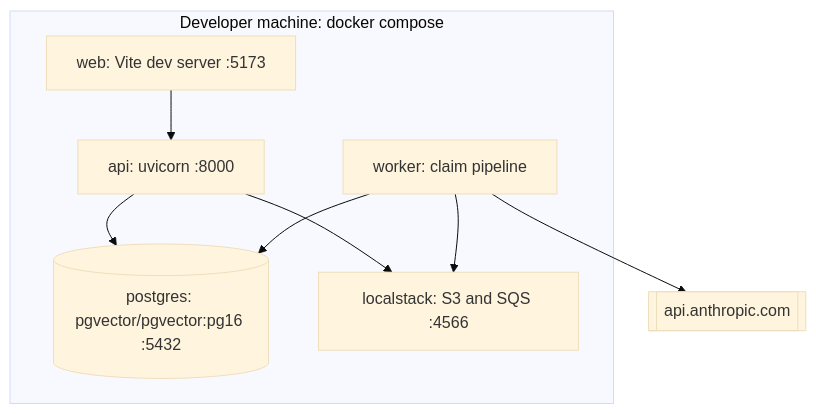
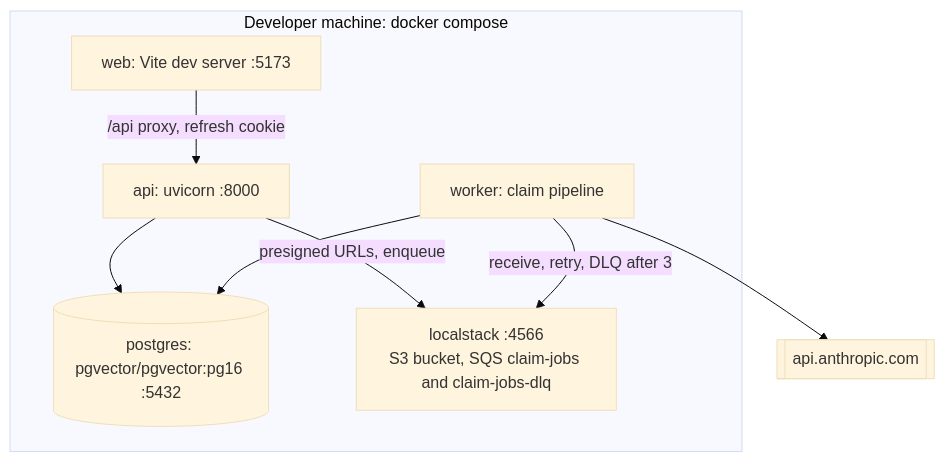
Before and after one commit to ABHI-742/claimlens: the first of 2 diagrams in docs/diagrams/deployment.md, drawn with Mermaid (base theme). The commit also changed 5 other files, not shown here.

First line of the commit message:
Bring architecture docs up to date with the code

````diff
--- a/docs/diagrams/deployment.md
+++ b/docs/diagrams/deployment.md
@@ -5,18 +5,18 @@
 ```mermaid
 flowchart TB
     subgraph Laptop["Developer machine: docker compose"]
         web["web: Vite dev server :5173"]
         api["api: uvicorn :8000"]
         worker["worker: claim pipeline"]
         pg[("postgres: pgvector/pgvector:pg16 :5432")]
-        ls["localstack: S3 and SQS :4566"]
+        ls["localstack :4566<br/>S3 bucket, SQS claim-jobs and claim-jobs-dlq"]
     end
     anthropic[[api.anthropic.com]]
 
-    web --> api
+    web -->|"/api proxy, refresh cookie"| api
     api --> pg
-    api --> ls
-    worker --> ls
+    api -->|"presigned URLs, enqueue"| ls
+    worker -->|"receive, retry, DLQ after 3"| ls
     worker --> pg
     worker --> anthropic
 ```
````
